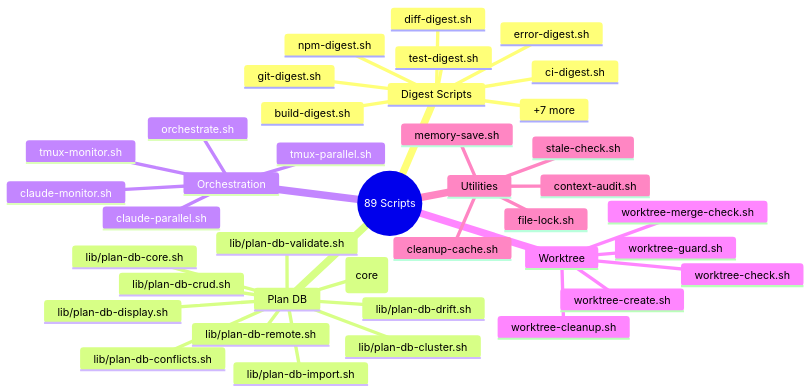
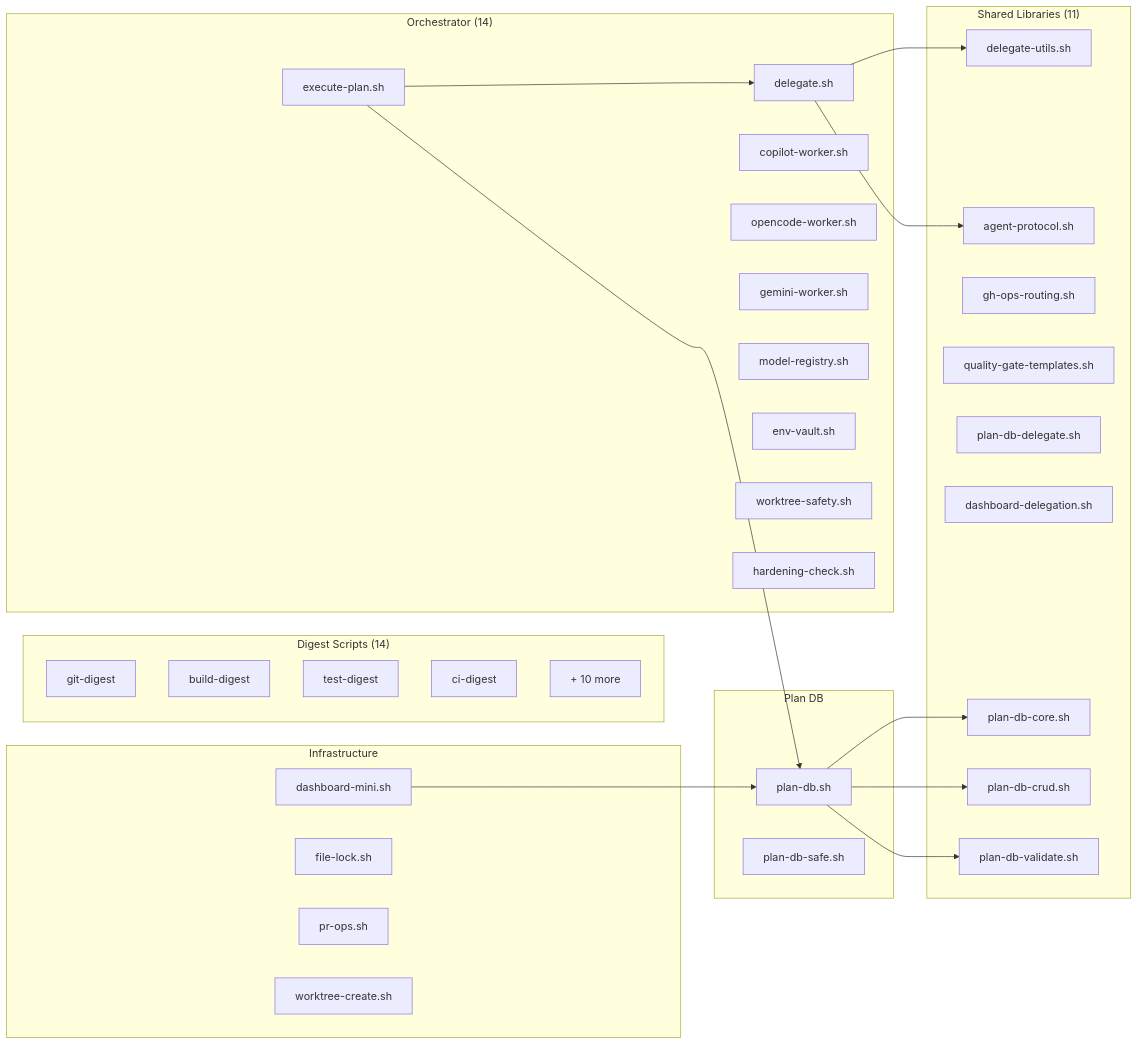
One commit to Roberdan/MyConvergio changed the sixth of 7 diagrams in README.md. Above: the diagram before and after it, drawn with Mermaid. The commit also changed other lines of this file and 57 other files, not shown here.

First line of the commit message:
feat: Convergio Orchestrator v1 - multi-provider intelligent delegation

````diff
--- a/README.md
+++ b/README.md
@@ -530,42 +664,51 @@
 ```mermaid
-mindmap
-  root((89 Scripts))
-    Digest Scripts
-      git-digest.sh
-      build-digest.sh
-      test-digest.sh
-      ci-digest.sh
-      npm-digest.sh
-      error-digest.sh
-      diff-digest.sh
-      +7 more
-    Plan DB
-      plan-db.sh (core)
-      lib/plan-db-core.sh
-      lib/plan-db-crud.sh
-      lib/plan-db-display.sh
-      lib/plan-db-validate.sh
-      lib/plan-db-cluster.sh
-      lib/plan-db-conflicts.sh
-      lib/plan-db-drift.sh
-      lib/plan-db-import.sh
-      lib/plan-db-remote.sh
-    Orchestration
-      orchestrate.sh
-      claude-parallel.sh
-      claude-monitor.sh
-      tmux-parallel.sh
-      tmux-monitor.sh
-    Worktree
-      worktree-create.sh
-      worktree-check.sh
-      worktree-guard.sh
-      worktree-cleanup.sh
-      worktree-merge-check.sh
-    Utilities
-      context-audit.sh
-      cleanup-cache.sh
-      memory-save.sh
-      file-lock.sh
-      stale-check.sh
+flowchart LR
+    subgraph ORCH["Orchestrator (14)"]
+        D[delegate.sh]
+        EP[execute-plan.sh]
+        CW2[copilot-worker.sh]
+        OW2[opencode-worker.sh]
+        GW2[gemini-worker.sh]
+        MR[model-registry.sh]
+        EV[env-vault.sh]
+        WS[worktree-safety.sh]
+        HC[hardening-check.sh]
+    end
+
+    subgraph LIBS["Shared Libraries (11)"]
+        DU[delegate-utils.sh]
+        AP[agent-protocol.sh]
+        GH[gh-ops-routing.sh]
+        QG[quality-gate-templates.sh]
+        PDD[plan-db-delegate.sh]
+        DD[dashboard-delegation.sh]
+        PDC[plan-db-core.sh]
+        PDCR[plan-db-crud.sh]
+        PDV[plan-db-validate.sh]
+    end
+
+    subgraph DIGEST["Digest Scripts (14)"]
+        GD[git-digest]
+        BD[build-digest]
+        TD[test-digest]
+        CD[ci-digest]
+        MORE["+ 10 more"]
+    end
+
+    subgraph PLANDB["Plan DB"]
+        PDB[plan-db.sh]
+        PDBS[plan-db-safe.sh]
+    end
+
+    subgraph INFRA["Infrastructure"]
+        DASH[dashboard-mini.sh]
+        FL[file-lock.sh]
+        PR[pr-ops.sh]
+        WT[worktree-create.sh]
+    end
+
+    D --> DU & AP
+    EP --> D & PDB
+    PDB --> PDC & PDCR & PDV
+    DASH --> PDB
 ```
````
